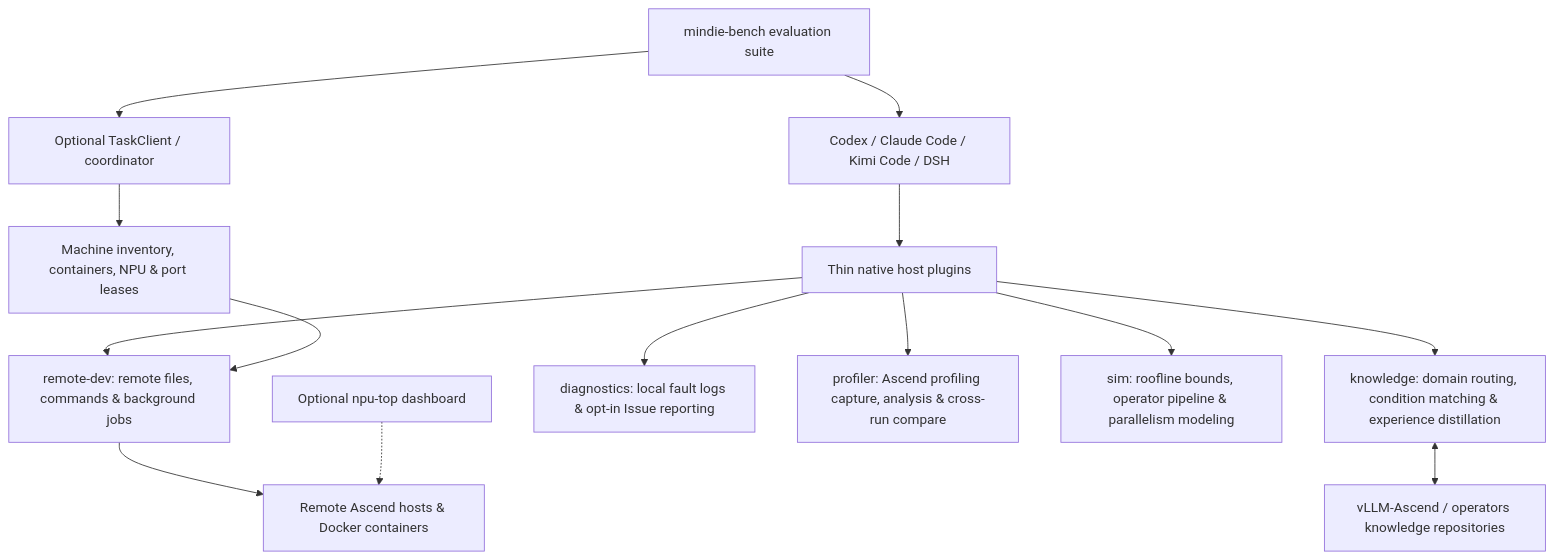
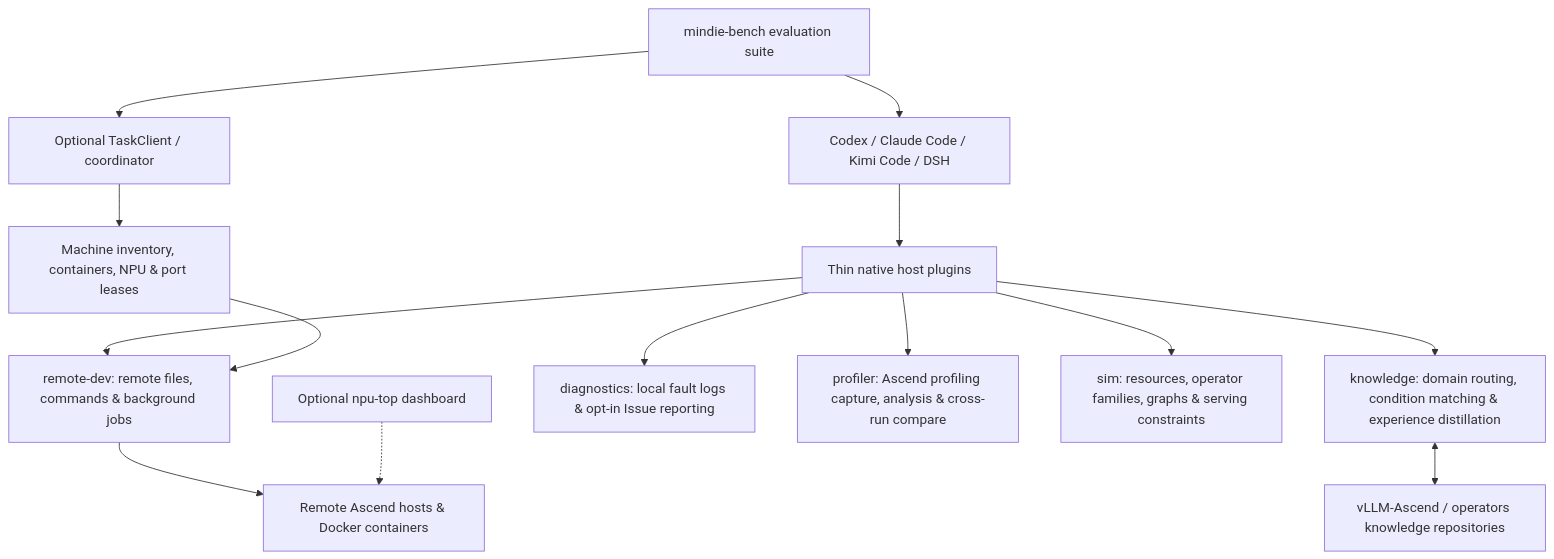
The diagram in docs/architecture.en.md (mindie-agent/mindie-agent), drawn with Mermaid before and after one commit. The commit also changed other lines of this file and 35 other files, not shown here.

````diff
--- a/docs/architecture.en.md
+++ b/docs/architecture.en.md
@@ -11,16 +11,16 @@
 ```mermaid
 flowchart TB
     H["Codex / Claude Code / Kimi Code / DSH"] --> P["Thin native host plugins"]
     P --> K["knowledge: domain routing, condition matching & experience distillation"]
     P --> R["remote-dev: remote files, commands & background jobs"]
     P --> D["diagnostics: local fault logs & opt-in Issue reporting"]
     P --> PR["profiler: Ascend profiling capture, analysis & cross-run compare"]
-    P --> S["sim: roofline bounds, operator pipeline & parallelism modeling"]
+    P --> S["sim: resources, operator families, graphs & serving constraints"]
     K <--> F["vLLM-Ascend / operators knowledge repositories"]
     T["Optional TaskClient / coordinator"] --> Q["Machine inventory, containers, NPU & port leases"]
     Q --> R
     R --> N["Remote Ascend hosts & Docker containers"]
     M["Optional npu-top dashboard"] -.-> N
     B["mindie-bench evaluation suite"] --> T
     B --> H
 ```
````
